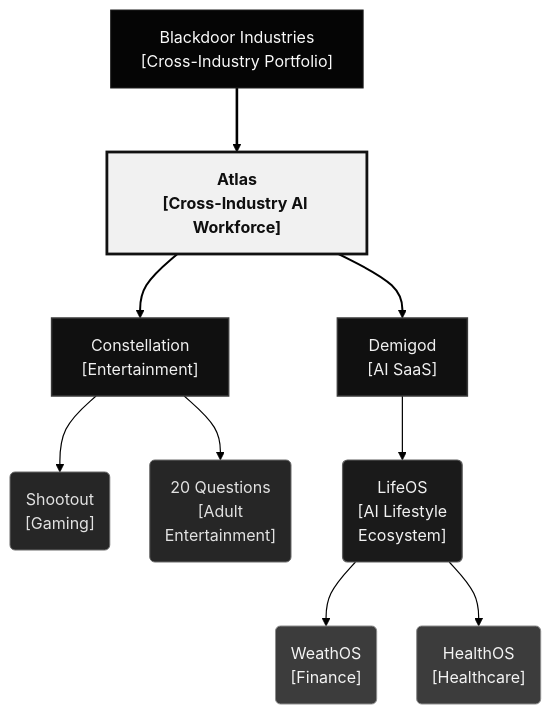
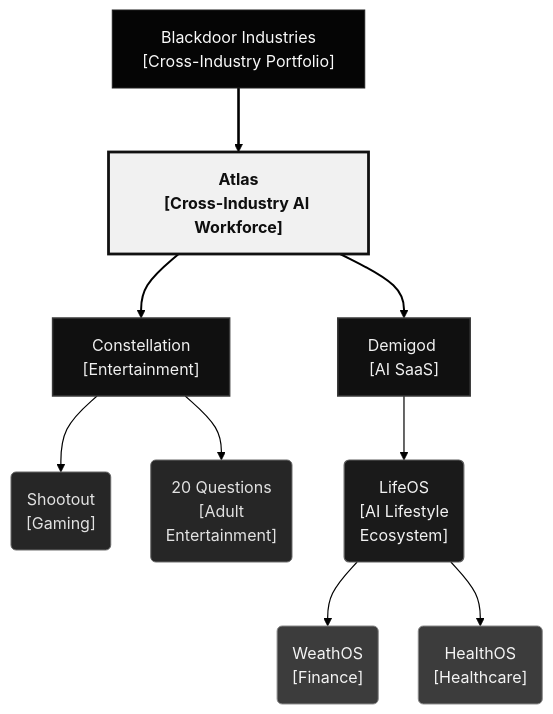
Before and after one commit to Blackdoor-Industries/.github: the first of 2 diagrams in profile/README.md, drawn with Mermaid.

Commit message:
Prevent Demigod label clipping in organization diagram

````diff
--- a/profile/README.md
+++ b/profile/README.md
@@ -41,49 +41,49 @@
 ```mermaid
 %%{init: {
   "theme": "base",
   "flowchart": {
     "curve": "basis",
     "nodeSpacing": 40,
     "rankSpacing": 64
   },
   "themeVariables": {
     "fontFamily": "Helvetica, Arial, sans-serif",
     "lineColor": "#000000",
     "textColor": "#eaeaea",
     "primaryColor": "#181818",
     "primaryBorderColor": "#454545",
     "tertiaryColor": "#121212",
     "background": "#ffffff"
   }
 }}%%
 flowchart TB
     BD["Blackdoor Industries<br/>[Cross-Industry Portfolio]"]:::holding
     ATLAS["Atlas<br/>[Cross-Industry AI Workforce]"]:::atlas
     CONST["Constellation<br/>[Entertainment]"]:::subsidiary
-    DEMI["Demigod<br/>[AI SaaS]"]:::subsidiary
+    DEMI["Demigod&nbsp;<br/>[AI SaaS]"]:::subsidiary
     SHOOT("Shootout<br/>[Gaming]"):::product
     VN("20 Questions<br/>[Adult<br/>Entertainment]"):::product
     LIFE("LifeOS<br/>[AI Lifestyle<br/>Ecosystem]"):::ecosystem
     WEATH("WeathOS<br/>[Finance]"):::module
     HEALTH("HealthOS<br/>[Healthcare]"):::module
 
     BD ==> ATLAS
     ATLAS ==> CONST
     ATLAS ==> DEMI
     CONST --> SHOOT
     CONST --> VN
     DEMI --> LIFE
     LIFE --> WEATH
     LIFE --> HEALTH
 
     classDef holding fill:#050505,stroke:#202020,stroke-width:1px,color:#fafafa
     classDef atlas fill:#f1f1f1,stroke:#111111,stroke-width:2.8px,color:#0f0f0f,font-weight:700
     classDef subsidiary fill:#101010,stroke:#3a3a3a,stroke-width:1.5px,color:#f0f0f0
     classDef ecosystem fill:#1a1a1a,stroke:#5f5f5f,stroke-width:1.2px,color:#f2f2f2
     classDef product fill:#262626,stroke:#6a6a6a,stroke-width:1px,color:#e2e2e2
     classDef module fill:#3c3c3c,stroke:#8c8c8c,stroke-width:1px,color:#f4f4f4
 
     linkStyle 0 stroke:#000000,stroke-width:2.6px
     linkStyle 1,2 stroke:#000000,stroke-width:2px
     linkStyle 3,4,5,6,7 stroke:#000000,stroke-width:1.2px
 ```
````
